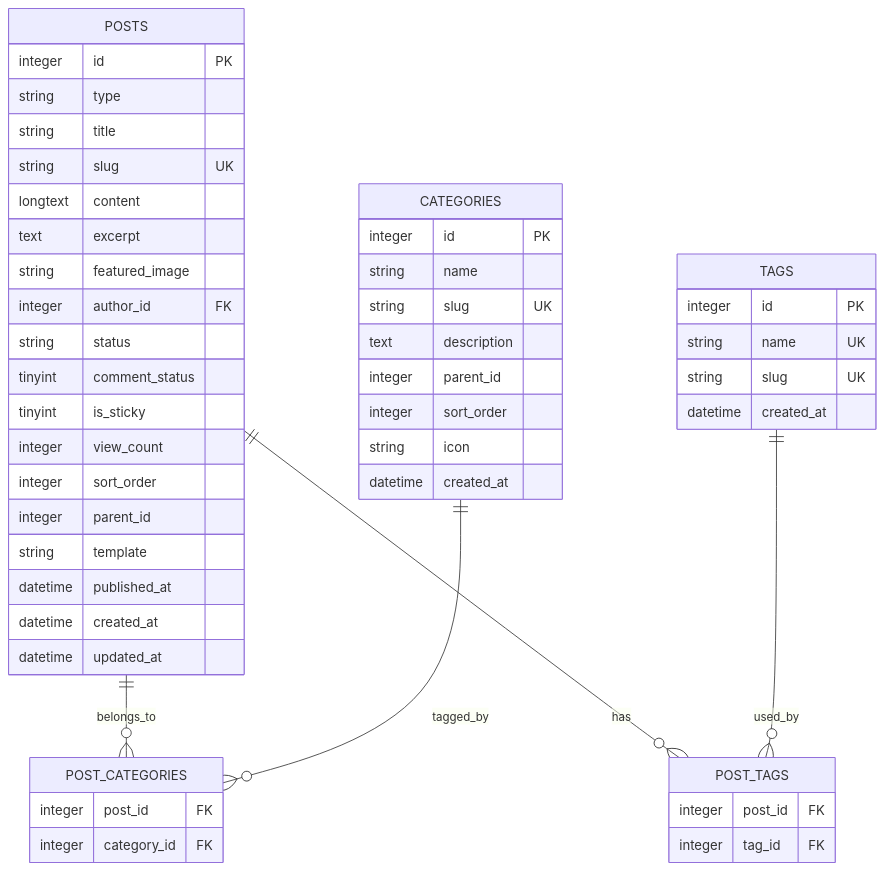
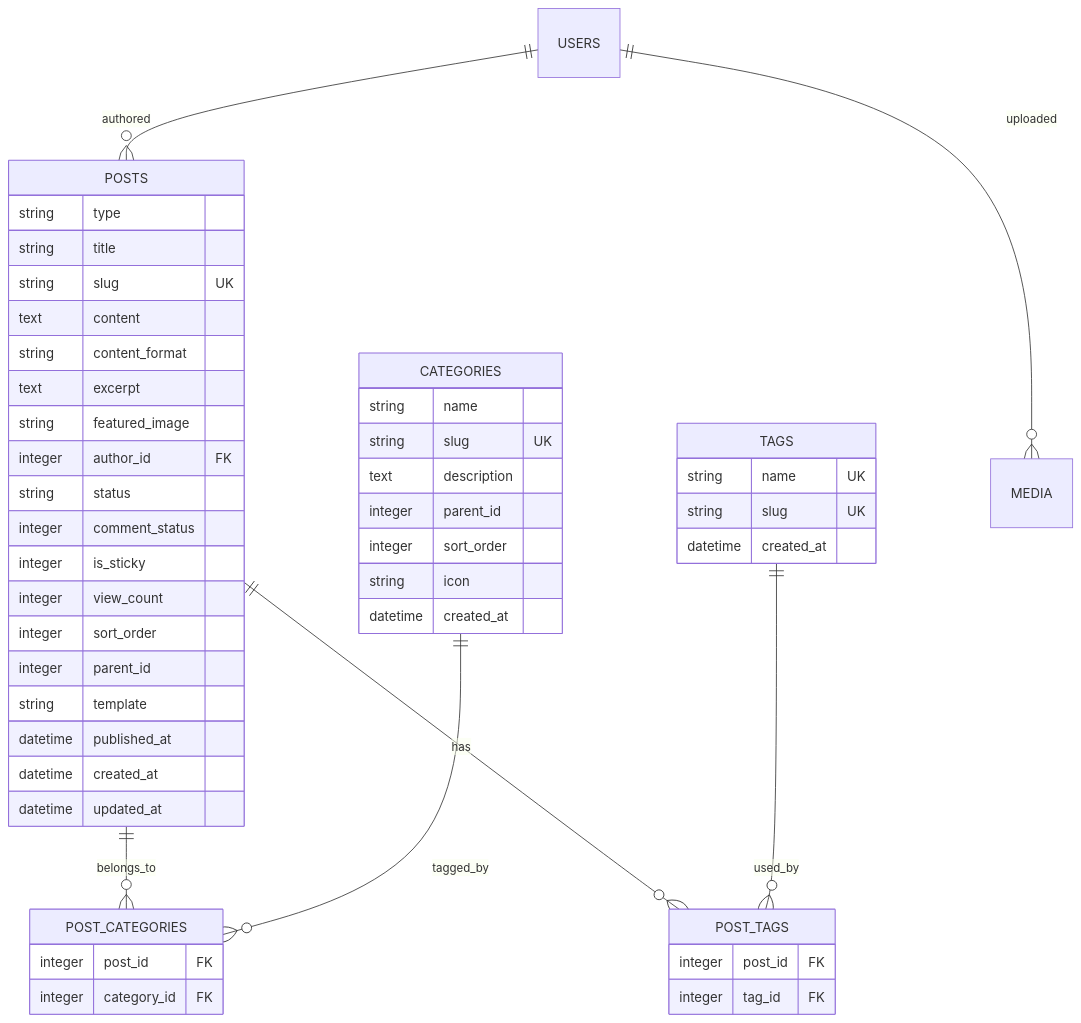
The third of 4 diagrams in .qoder/repowiki/zh/content/API接口文档/API接口文档.md (wyg5208/website_diy), drawn with Mermaid before and after one commit. The commit also changed other lines of this file and 43 other files, not shown here.

````diff
--- a/.qoder/repowiki/zh/content/API接口文档/API接口文档.md
+++ b/.qoder/repowiki/zh/content/API接口文档/API接口文档.md
@@ -1075,51 +1830,51 @@
 ```mermaid
 erDiagram
 POSTS {
-integer id PK
 string type
 string title
 string slug UK
-longtext content
+text content
+string content_format
 text excerpt
 string featured_image
 integer author_id FK
 string status
-tinyint comment_status
-tinyint is_sticky
+integer comment_status
+integer is_sticky
 integer view_count
 integer sort_order
 integer parent_id
 string template
 datetime published_at
 datetime created_at
 datetime updated_at
 }
 CATEGORIES {
-integer id PK
 string name
 string slug UK
 text description
 integer parent_id
 integer sort_order
 string icon
 datetime created_at
 }
 TAGS {
-integer id PK
 string name UK
 string slug UK
 datetime created_at
 }
 POST_CATEGORIES {
 integer post_id FK
 integer category_id FK
 }
 POST_TAGS {
 integer post_id FK
 integer tag_id FK
 }
+USERS ||--o{ POSTS : authored
+USERS ||--o{ MEDIA : uploaded
 POSTS ||--o{ POST_CATEGORIES : belongs_to
 CATEGORIES ||--o{ POST_CATEGORIES : tagged_by
 POSTS ||--o{ POST_TAGS : has
 TAGS ||--o{ POST_TAGS : used_by
 ```
````
